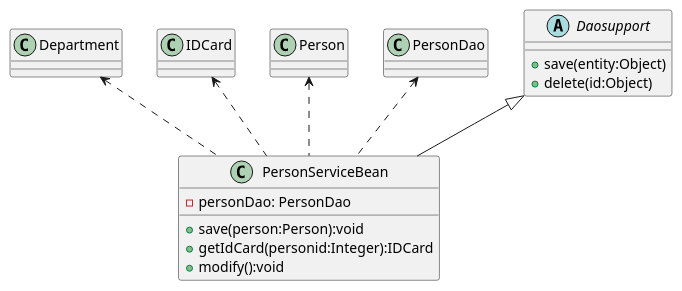
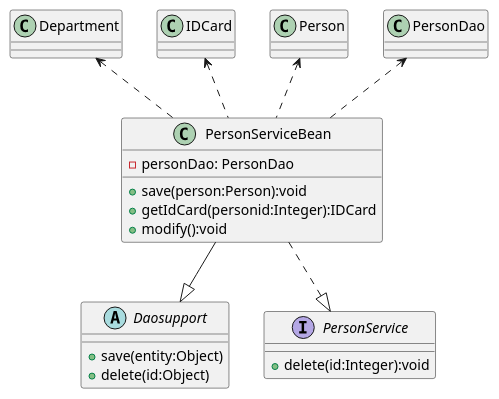
Before and after one commit to lwmfjc/jvm_study: the diagram in src/main/resources/MyUML.puml, drawn with PlantUML. The commit also changed 1 other file, not shown here.

Commit message:
类图学习

```diff
--- a/src/main/resources/MyUML.puml
+++ b/src/main/resources/MyUML.puml
@@ -1,22 +1,28 @@
 @startuml
 class Department
 class IDCard
 class Person
 class PersonDao
 class PersonServiceBean{
  - personDao: PersonDao
  + save(person:Person):void
  + getIdCard(personid:Integer):IDCard
  + modify():void
 }
 IDCard  <..PersonServiceBean
 Person   <..PersonServiceBean
 PersonDao  <..PersonServiceBean
 Department  <..PersonServiceBean
 
 abstract class Daosupport{
  + save(entity:Object)
  + delete(id:Object)
 }
-Daosupport <|-- PersonServiceBean
+
+ PersonServiceBean --|> Daosupport
+interface PersonService{
+ + delete(id:Integer):void
+}
+PersonServiceBean ..|> PersonService
+
 @enduml
```
